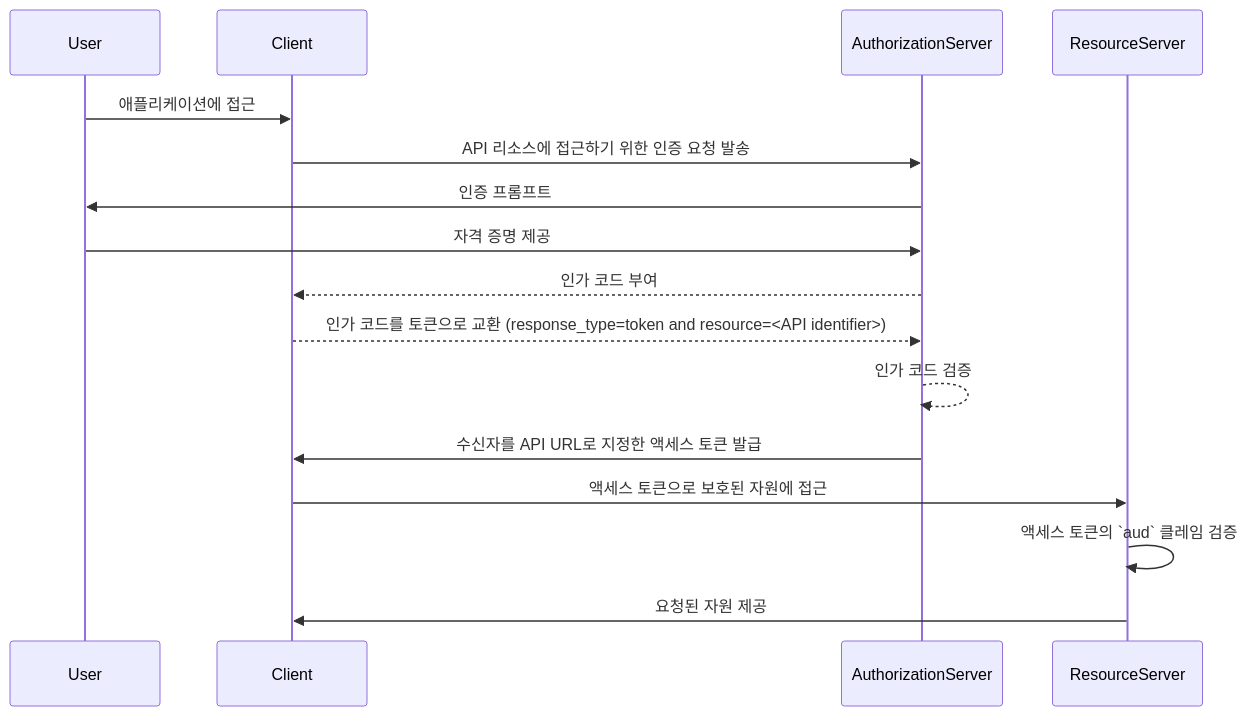
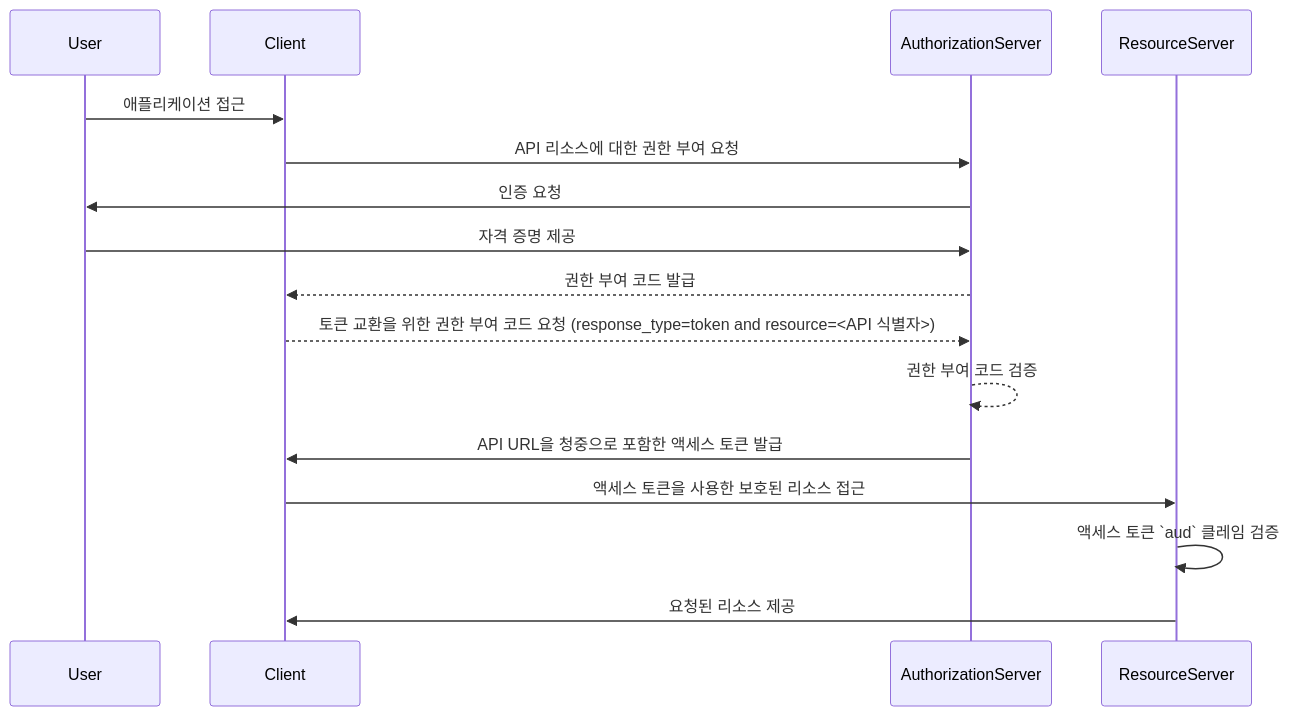
One commit to logto-io/auth-wiki changed the second of 2 diagrams in src/content/terms/ko/audience.mdx. Above: the diagram before and after it, drawn with Mermaid. The commit also changed other lines of this file and 48 other files, not shown here.

````diff
--- a/src/content/terms/ko/audience.mdx
+++ b/src/content/terms/ko/audience.mdx
@@ -93,19 +93,19 @@
 ```mermaid
 sequenceDiagram
     participant User
     participant Client
     participant AuthorizationServer
     participant ResourceServer
 
-    User->>Client: 애플리케이션에 접근
-    Client->>AuthorizationServer: API 리소스에 접근하기 위한 인증 요청 발송
-    AuthorizationServer->>User: 인증 프롬프트
+    User->>Client: 애플리케이션 접근
+    Client->>AuthorizationServer: API 리소스에 대한 권한 부여 요청
+    AuthorizationServer->>User: 인증 요청
     User->>AuthorizationServer: 자격 증명 제공
-    AuthorizationServer-->>Client: 인가 코드 부여
-    Client-->>AuthorizationServer: 인가 코드를 토큰으로 교환 (response_type=token and resource=<API identifier>)
-    AuthorizationServer-->>AuthorizationServer: 인가 코드 검증
-    AuthorizationServer->>Client: 수신자를 API URL로 지정한 액세스 토큰 발급
-    Client->>ResourceServer: 액세스 토큰으로 보호된 자원에 접근
-    ResourceServer->>ResourceServer: 액세스 토큰의 `aud` 클레임 검증
-    ResourceServer->>Client: 요청된 자원 제공
+    AuthorizationServer-->>Client: 권한 부여 코드 발급
+    Client-->>AuthorizationServer: 토큰 교환을 위한 권한 부여 코드 요청 (response_type=token and resource=<API 식별자>)
+    AuthorizationServer-->>AuthorizationServer: 권한 부여 코드 검증
+    AuthorizationServer->>Client: API URL을 청중으로 포함한 액세스 토큰 발급
+    Client->>ResourceServer: 액세스 토큰을 사용한 보호된 리소스 접근
+    ResourceServer->>ResourceServer: 액세스 토큰 `aud` 클레임 검증
+    ResourceServer->>Client: 요청된 리소스 제공
 ```
````
